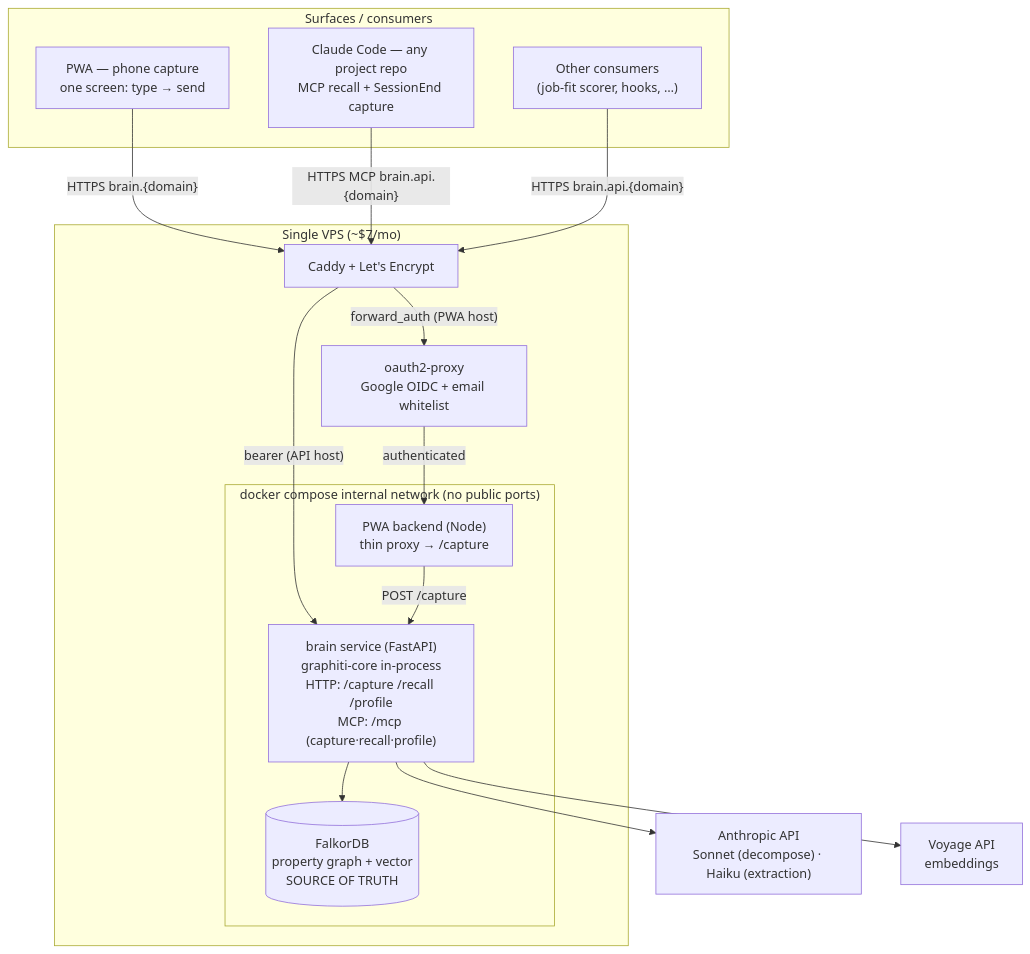
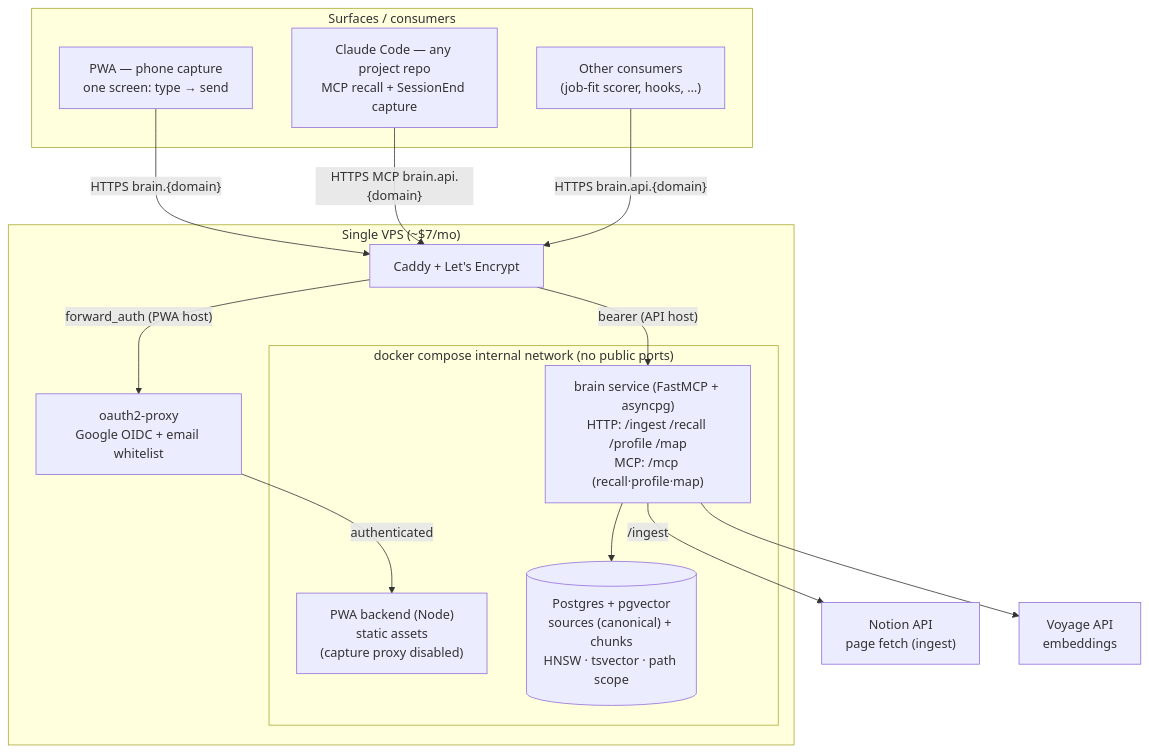
One commit to slaguardia/brainbot changed the diagram in architecture.md. Above: the diagram before and after it, drawn with Mermaid. The commit also changed other lines of this file and 25 other files, not shown here.

````diff
--- a/architecture.md
+++ b/architecture.md
@@ -80,33 +90,32 @@
 ```mermaid
 flowchart TB
   subgraph Surfaces["Surfaces / consumers"]
     PWA_UI["PWA — phone capture<br/>one screen: type → send"]
     CC["Claude Code — any project repo<br/>MCP recall + SessionEnd capture"]
     APP["Other consumers<br/>(job-fit scorer, hooks, …)"]
   end
 
   subgraph VPS["Single VPS (~$7/mo)"]
     CADDY["Caddy + Let's Encrypt"]
     OAUTH["oauth2-proxy<br/>Google OIDC + email whitelist"]
 
     subgraph DockerNet["docker compose internal network (no public ports)"]
-      PWA_BE["PWA backend (Node)<br/>thin proxy → /capture"]
-      BRAIN["brain service (FastAPI)<br/>graphiti-core in-process<br/>HTTP: /capture /recall /profile<br/>MCP: /mcp (capture·recall·profile)"]
-      FALKOR[("FalkorDB<br/>property graph + vector<br/>SOURCE OF TRUTH")]
+      PWA_BE["PWA backend (Node)<br/>static assets<br/>(capture proxy disabled)"]
+      BRAIN["brain service (FastMCP + asyncpg)<br/>HTTP: /ingest /recall /profile /map<br/>MCP: /mcp (recall·profile·map)"]
+      PG[("Postgres + pgvector<br/>sources (canonical) + chunks<br/>HNSW · tsvector · path scope")]
     end
   end
 
-  ANTH["Anthropic API<br/>Sonnet (decompose) · Haiku (extraction)"]
+  NOTION["Notion API<br/>page fetch (ingest)"]
   VOY["Voyage API<br/>embeddings"]
 
   PWA_UI -->|"HTTPS brain.{domain}"| CADDY
   CC -->|"HTTPS MCP brain.api.{domain}"| CADDY
   APP -->|"HTTPS brain.api.{domain}"| CADDY
   CADDY -->|"forward_auth (PWA host)"| OAUTH
   OAUTH -->|authenticated| PWA_BE
   CADDY -->|"bearer (API host)"| BRAIN
-  PWA_BE -->|POST /capture| BRAIN
-  BRAIN --> FALKOR
-  BRAIN --> ANTH
+  BRAIN --> PG
+  BRAIN -->|"/ingest"| NOTION
   BRAIN --> VOY
 ```
````
